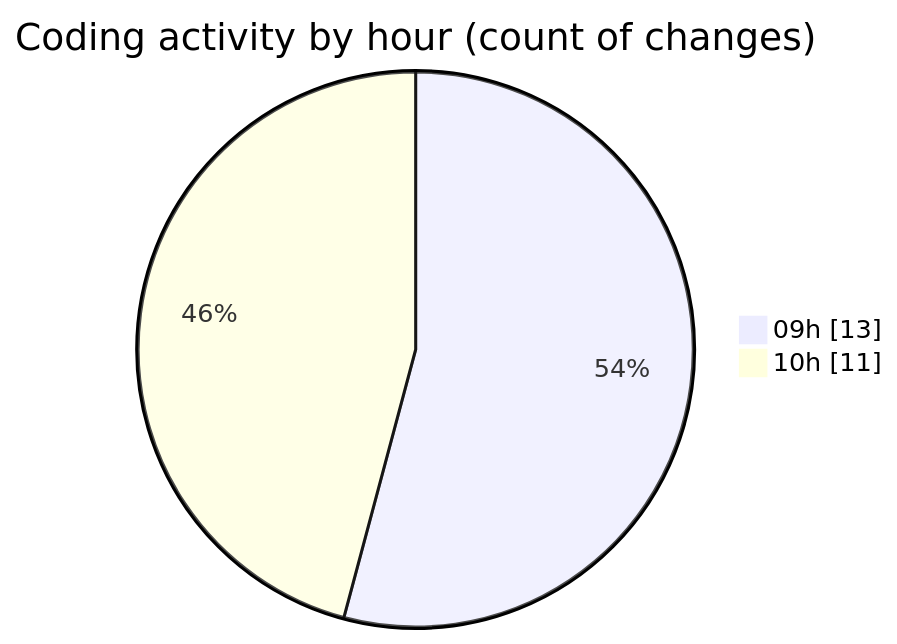
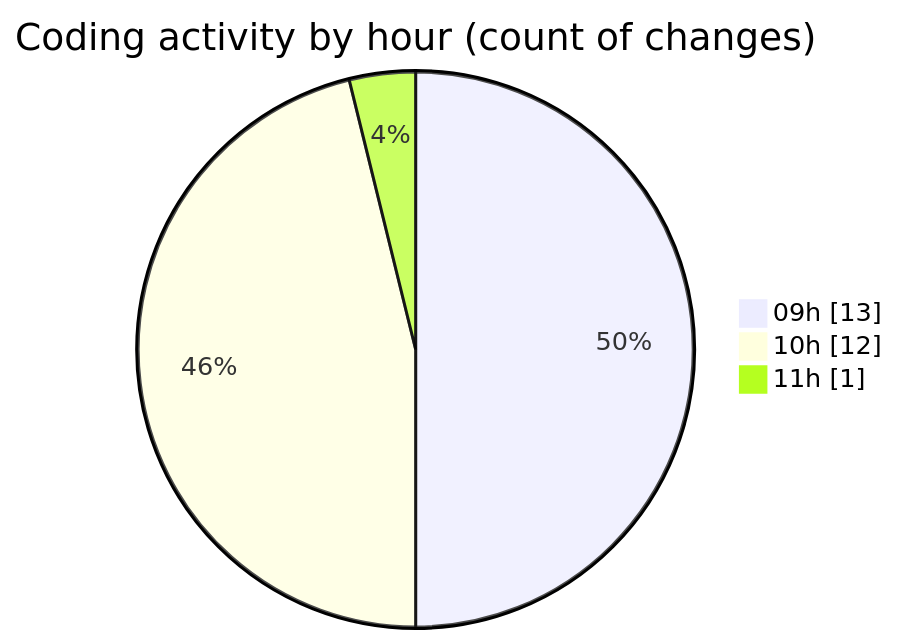
The second of 2 diagrams in 2025-09-22/cda/README.md (momahboobian/code-tracking), drawn with Mermaid before and after one commit. The commit also changed other lines of this file and 1 other file, not shown here.

````diff
--- a/2025-09-22/cda/README.md
+++ b/2025-09-22/cda/README.md
@@ -32,6 +32,7 @@
 ```mermaid
 pie showData
 title Coding activity by hour (count of changes)
 "09h" : 13
-"10h" : 11
+"10h" : 12
+"11h" : 1
 ```
````
